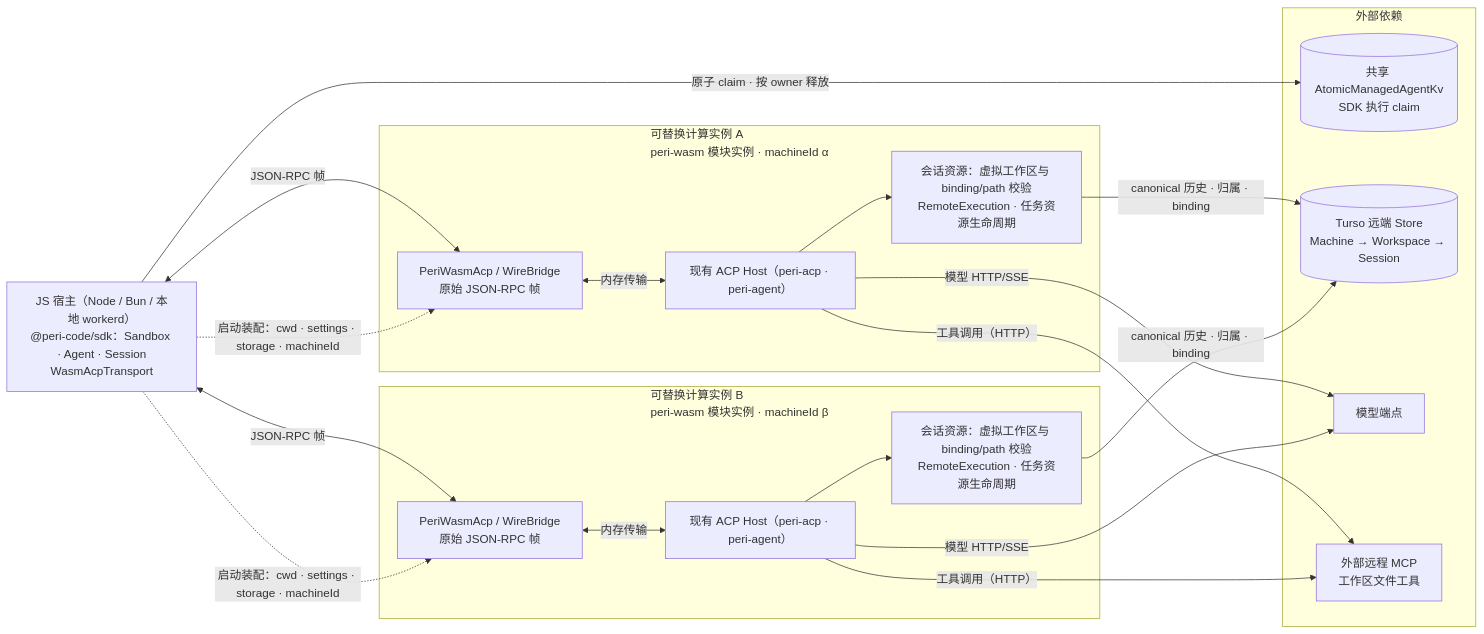
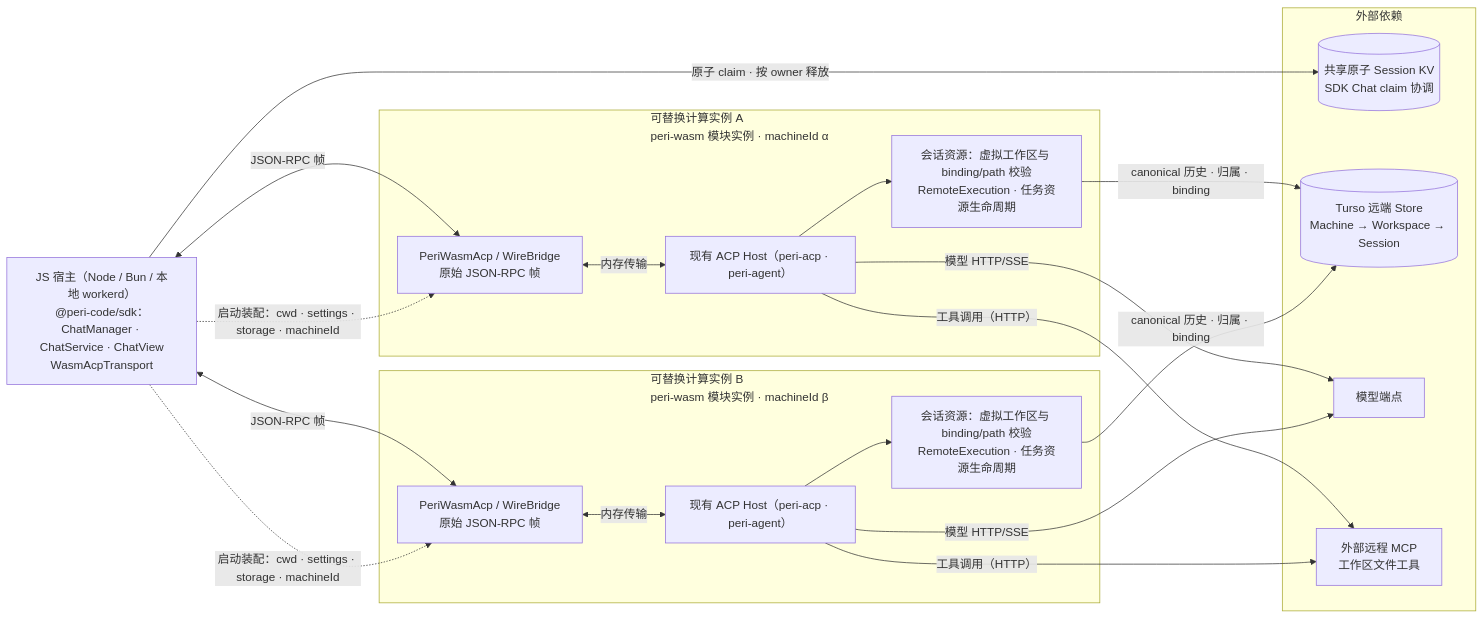
One commit to KonghaYao/peri changed the diagram in docs/design/serverless-execution-identity.md. Above: the diagram before and after it, drawn with Mermaid. The commit also changed other lines of this file and 23 other files, not shown here.

First line of the commit message:
docs(peri-sdk): 同步 Chat 架构文档与验收证据

````diff
--- a/docs/design/serverless-execution-identity.md
+++ b/docs/design/serverless-execution-identity.md
@@ -14,40 +14,40 @@
 ```mermaid
 flowchart LR
-    Host["JS 宿主（Node / Bun / 本地 workerd）<br/>@peri-code/sdk：Sandbox · Agent · Session<br/>WasmAcpTransport"]
+    Host["JS 宿主（Node / Bun / 本地 workerd）<br/>@peri-code/sdk：ChatManager · ChatService · ChatView<br/>WasmAcpTransport"]
 
     subgraph Alpha["可替换计算实例 A<br/>peri-wasm 模块实例 · machineId α"]
         BridgeA["PeriWasmAcp / WireBridge<br/>原始 JSON-RPC 帧"]
         AcpA["现有 ACP Host（peri-acp · peri-agent）"]
         AuthorityA["会话资源：虚拟工作区与 binding/path 校验<br/>RemoteExecution · 任务资源生命周期"]
         BridgeA <-->|"内存传输"| AcpA
         AcpA --> AuthorityA
     end
 
     subgraph Beta["可替换计算实例 B<br/>peri-wasm 模块实例 · machineId β"]
         BridgeB["PeriWasmAcp / WireBridge<br/>原始 JSON-RPC 帧"]
         AcpB["现有 ACP Host（peri-acp · peri-agent）"]
         AuthorityB["会话资源：虚拟工作区与 binding/path 校验<br/>RemoteExecution · 任务资源生命周期"]
         BridgeB <-->|"内存传输"| AcpB
         AcpB --> AuthorityB
     end
 
     subgraph External["外部依赖"]
-        Kv[("共享 AtomicManagedAgentKv<br/>SDK 执行 claim")]
+        Kv[("共享原子 Session KV<br/>SDK Chat claim 协调")]
         Store[("Turso 远端 Store<br/>Machine → Workspace → Session")]
         Model["模型端点"]
         Mcp["外部远程 MCP<br/>工作区文件工具"]
     end
 
     Host <-->|"JSON-RPC 帧"| BridgeA
     Host -.->|"启动装配：cwd · settings · storage · machineId"| BridgeA
     Host -->|"原子 claim · 按 owner 释放"| Kv
     AuthorityA -->|"canonical 历史 · 归属 · binding"| Store
     AcpA -->|"模型 HTTP/SSE"| Model
     AcpA -->|"工具调用（HTTP）"| Mcp
 
     Host <-->|"JSON-RPC 帧"| BridgeB
     Host -.->|"启动装配：cwd · settings · storage · machineId"| BridgeB
     AuthorityB -->|"canonical 历史 · 归属 · binding"| Store
     AcpB -->|"模型 HTTP/SSE"| Model
     AcpB -->|"工具调用（HTTP）"| Mcp
 ```
````
